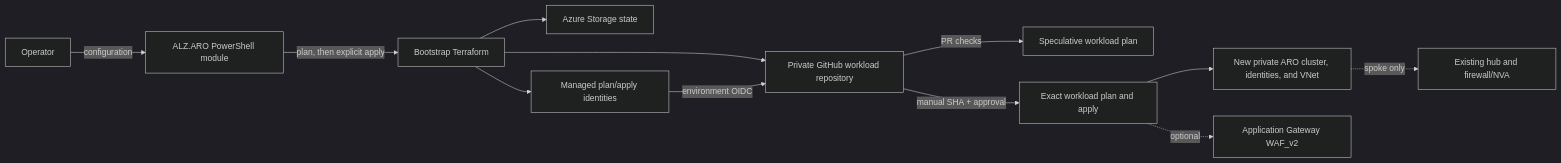
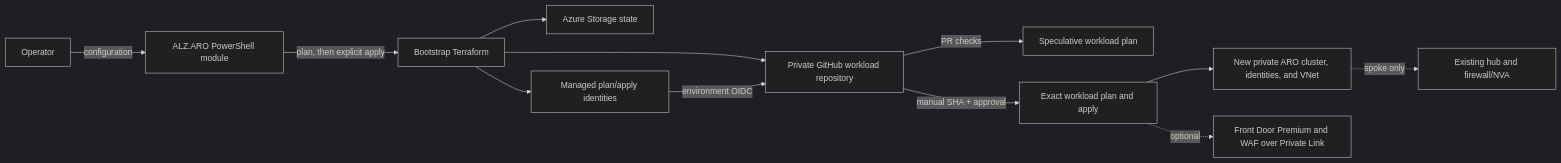
Before and after one commit to abengtss-max/aroapplz: the diagram in docs/concepts/how-it-works.md, drawn with Mermaid (dark theme). The commit also changed other lines of this file and 24 other files, not shown here.

First line of the commit message:
Remove Application Gateway from the accelerator

````diff
--- a/docs/concepts/how-it-works.md
+++ b/docs/concepts/how-it-works.md
@@ -5,14 +5,14 @@
 ```mermaid
 flowchart LR
   Operator[Operator] -->|configuration| Module[ALZ.ARO PowerShell module]
   Module -->|plan, then explicit apply| Bootstrap[Bootstrap Terraform]
   Bootstrap --> State[Azure Storage state]
   Bootstrap --> Identities[Managed plan/apply identities]
   Bootstrap --> Repo[Private GitHub workload repository]
   Identities -->|environment OIDC| Repo
   Repo -->|PR checks| Plan[Speculative workload plan]
   Repo -->|manual SHA + approval| Apply[Exact workload plan and apply]
   Apply --> ARO[New private ARO cluster, identities, and VNet]
-  Apply -. optional .-> AGW[Application Gateway WAF_v2]
+  Apply -. optional .-> AFD[Front Door Premium and WAF over Private Link]
   ARO -. spoke only .-> Hub[Existing hub and firewall/NVA]
 ```
````
